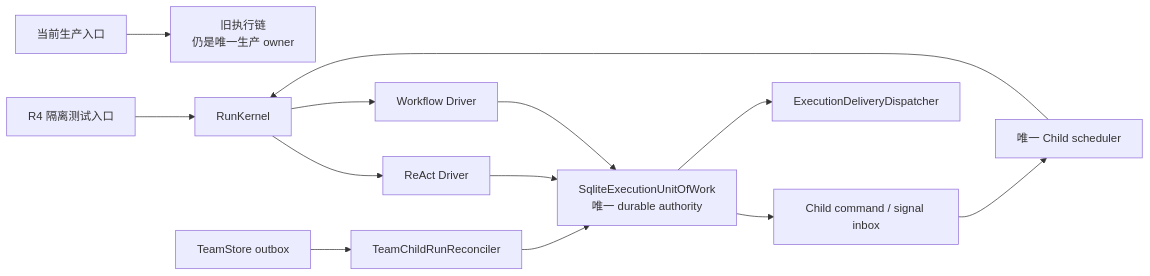
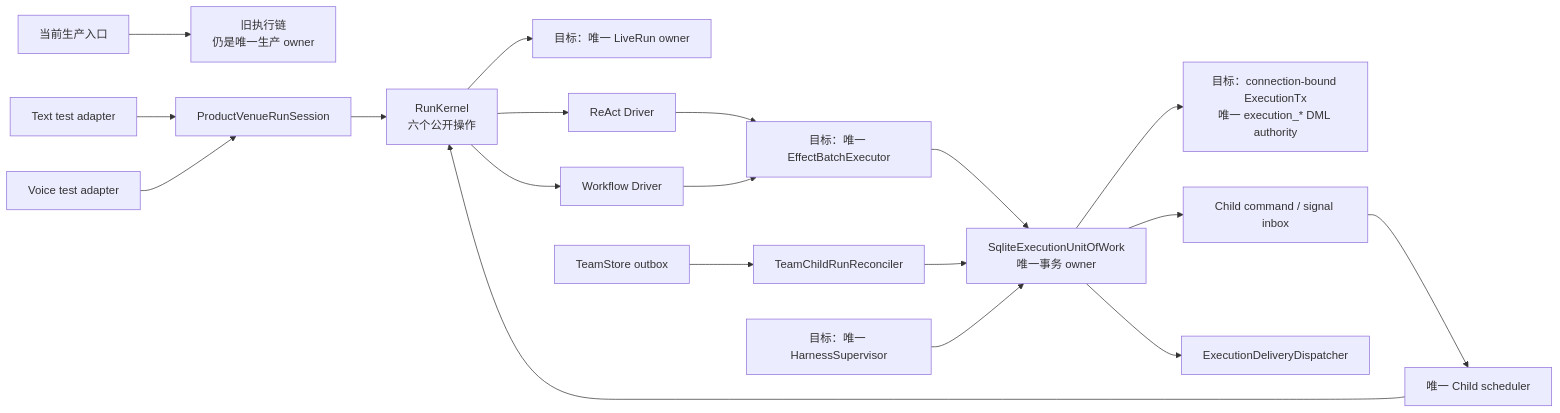
One commit to DennyWanye/simple_harness changed the diagram in ARCHITECTURE/AGENT_HARNESS.md. Above: the diagram before and after it, drawn with Mermaid. The commit also changed other lines of this file and 7 other files, not shown here.

````diff
--- a/ARCHITECTURE/AGENT_HARNESS.md
+++ b/ARCHITECTURE/AGENT_HARNESS.md
@@ -21,15 +21,21 @@
 ```mermaid
 flowchart LR
     Ingress["当前生产入口"] --> Legacy["旧执行链<br/>仍是唯一生产 owner"]
-    Test["R4 隔离测试入口"] --> Kernel["RunKernel"]
+    Text["Text test adapter"] --> Session["ProductVenueRunSession"]
+    Voice["Voice test adapter"] --> Session
+    Session --> Kernel["RunKernel<br/>六个公开操作"]
+    Kernel --> Live["目标：唯一 LiveRun owner"]
     Kernel --> React["ReAct Driver"]
     Kernel --> Workflow["Workflow Driver"]
-    React --> UoW["SqliteExecutionUnitOfWork<br/>唯一 durable authority"]
-    Workflow --> UoW
+    React --> Effect["目标：唯一 EffectBatchExecutor"]
+    Workflow --> Effect
+    Effect --> UoW["SqliteExecutionUnitOfWork<br/>唯一事务 owner"]
+    UoW --> Tx["目标：connection-bound ExecutionTx<br/>唯一 execution_* DML authority"]
     UoW --> Child["Child command / signal inbox"]
     Child --> Scheduler["唯一 Child scheduler"]
     Scheduler --> Kernel
     UoW --> Delivery["ExecutionDeliveryDispatcher"]
     Team["TeamStore outbox"] --> Reconciler["TeamChildRunReconciler"]
     Reconciler --> UoW
+    Supervisor["目标：唯一 HarnessSupervisor"] --> UoW
 ```
````
